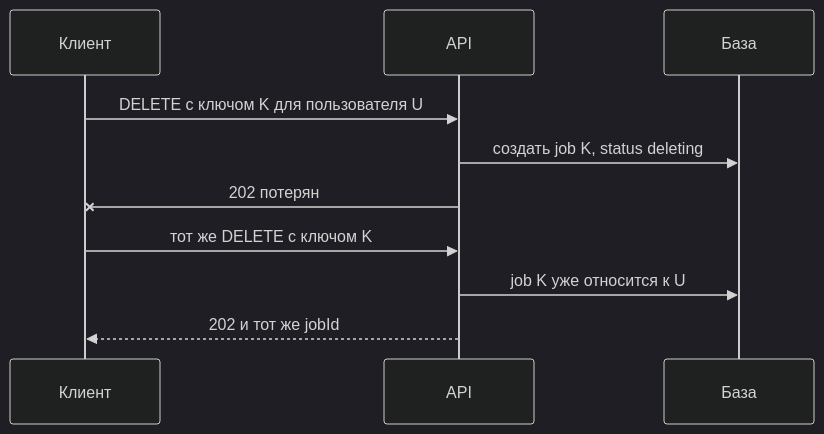
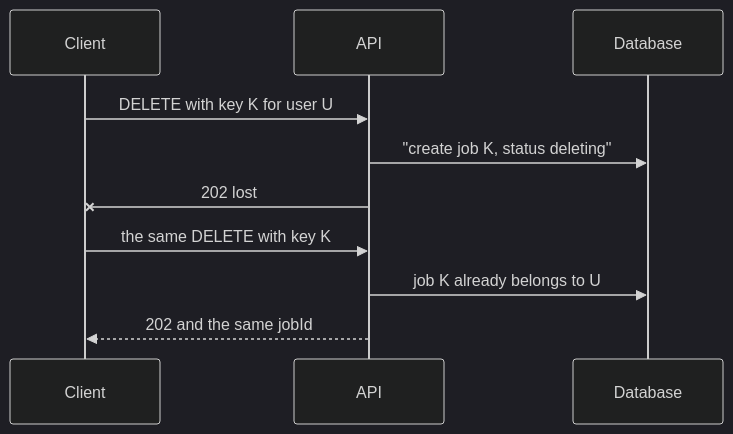
One commit to pavel-skripko-innowise/inno-fe-be-a1 changed the second of 2 diagrams in courses-content/backend/A/1/en/0.4 Идемпотентность.md. Above: the diagram before and after it, drawn with Mermaid (dark theme). The commit also changed other lines of this file and 35 other files, not shown here.

````diff
--- a/courses-content/backend/A/1/en/0.4 Идемпотентность.md
+++ b/courses-content/backend/A/1/en/0.4 Идемпотентность.md
@@ -139,12 +139,12 @@
 ```mermaid
 sequenceDiagram
-  participant C as Клиент
+  participant C as Client
   participant A as API
-  participant D as База
-  C->>A: DELETE с ключом K для пользователя U
-  A->>D: создать job K, status deleting
-  A-xC: 202 потерян
-  C->>A: тот же DELETE с ключом K
-  A->>D: job K уже относится к U
-  A-->>C: 202 и тот же jobId
+  participant D as Database
+  C->>A: DELETE with key K for user U
+  A->>D: "create job K, status deleting"
+  A-xC: 202 lost
+  C->>A: the same DELETE with key K
+  A->>D: job K already belongs to U
+  A-->>C: 202 and the same jobId
 ```
````
